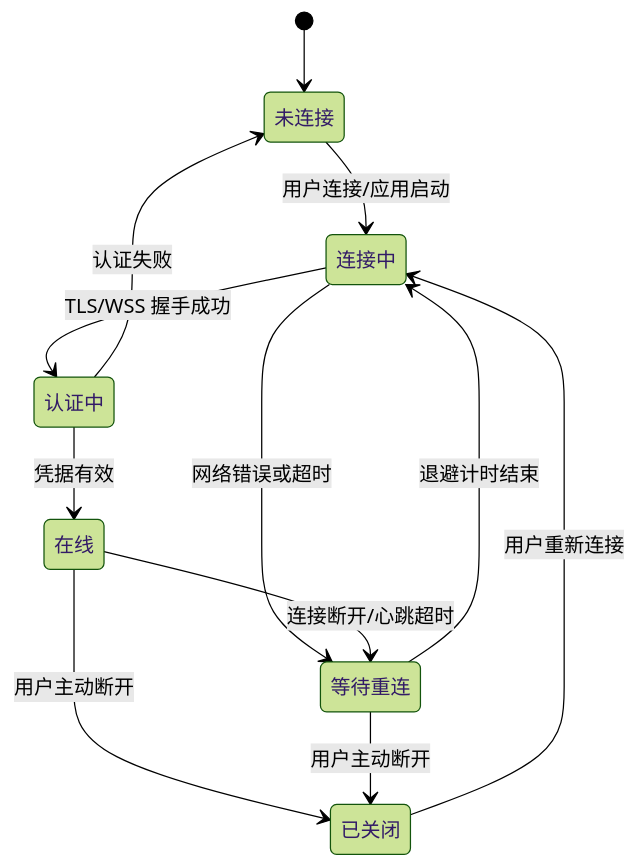
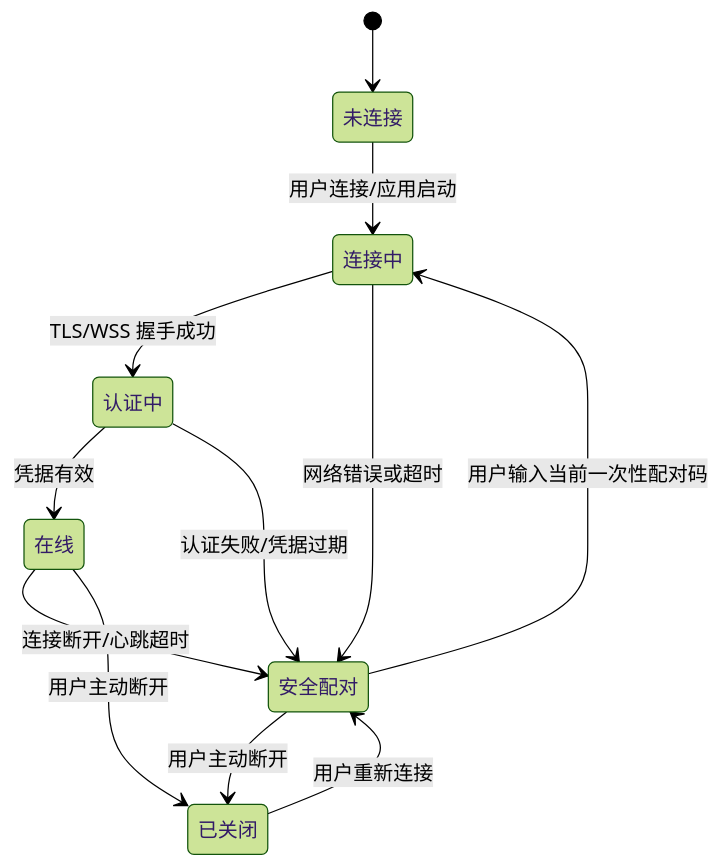
The third of 3 diagrams in docs/设计文档.md (VoidInHeart/DevControl_openHarmony), drawn with Mermaid (forest theme) before and after one commit. The commit also changed other lines of this file and 8 other files, not shown here.

Commit message:
Align project docs with gateway security flow

````diff
--- a/docs/设计文档.md
+++ b/docs/设计文档.md
@@ -262,21 +262,21 @@
 ```mermaid
 stateDiagram-v2
     [*] --> Disconnected
     state "未连接" as Disconnected
     state "连接中" as Connecting
     state "认证中" as Authenticating
     state "在线" as Online
-    state "等待重连" as Reconnecting
+    state "安全配对" as Pairing
     state "已关闭" as Closed
 
     Disconnected --> Connecting: 用户连接/应用启动
     Connecting --> Authenticating: TLS/WSS 握手成功
-    Connecting --> Reconnecting: 网络错误或超时
+    Connecting --> Pairing: 网络错误或超时
     Authenticating --> Online: 凭据有效
-    Authenticating --> Disconnected: 认证失败
-    Online --> Reconnecting: 连接断开/心跳超时
-    Reconnecting --> Connecting: 退避计时结束
+    Authenticating --> Pairing: 认证失败/凭据过期
+    Online --> Pairing: 连接断开/心跳超时
+    Pairing --> Connecting: 用户输入当前一次性配对码
     Online --> Closed: 用户主动断开
-    Reconnecting --> Closed: 用户主动断开
-    Closed --> Connecting: 用户重新连接
+    Pairing --> Closed: 用户主动断开
+    Closed --> Pairing: 用户重新连接
 ```
````
